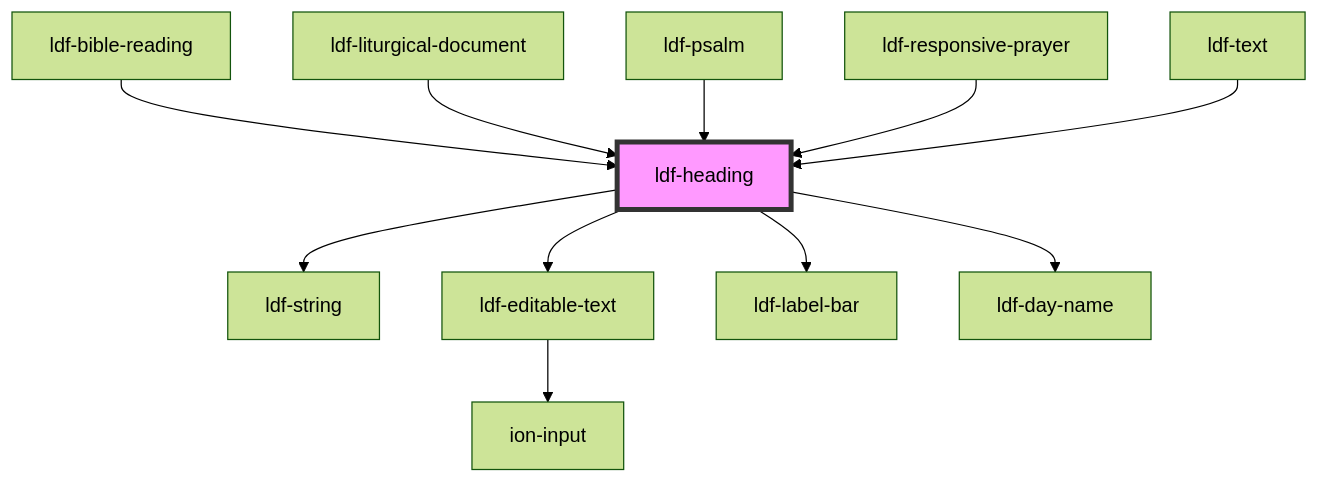
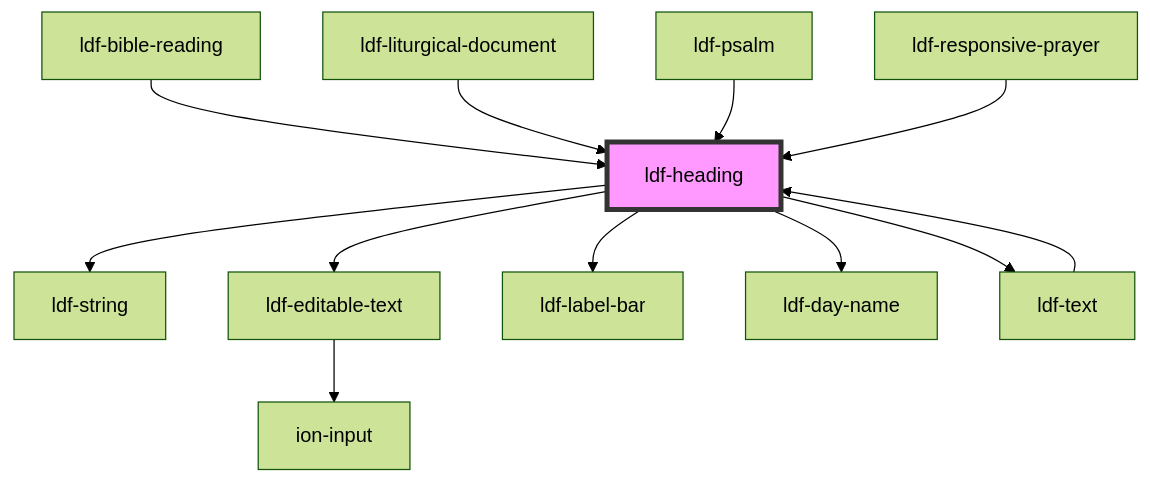
Before and after one commit to gbj/venite: the diagram in components/src/components/heading/readme.md, drawn with Mermaid (forest theme). The commit also changed other lines of this file and 22 other files, not shown here.

````diff
--- a/components/src/components/heading/readme.md
+++ b/components/src/components/heading/readme.md
@@ -35,14 +36,15 @@
 ```mermaid
 graph TD;
   ldf-heading --> ldf-string
   ldf-heading --> ldf-editable-text
   ldf-heading --> ldf-label-bar
   ldf-heading --> ldf-day-name
+  ldf-heading --> ldf-text
   ldf-editable-text --> ion-input
+  ldf-text --> ldf-heading
   ldf-bible-reading --> ldf-heading
   ldf-liturgical-document --> ldf-heading
   ldf-psalm --> ldf-heading
   ldf-responsive-prayer --> ldf-heading
-  ldf-text --> ldf-heading
   style ldf-heading fill:#f9f,stroke:#333,stroke-width:4px
 ```
````
